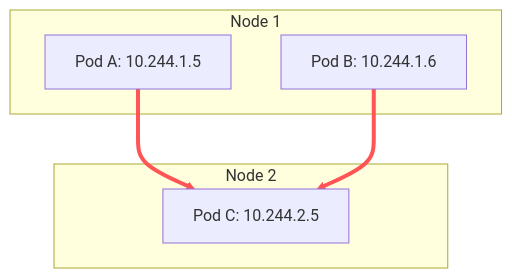
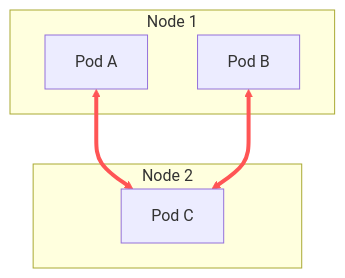
The second of 12 diagrams in _posts/2025-03-17-kubecon.md (SRodi/srodi.github.io), drawn with Mermaid before and after one commit. The commit also changed other lines of this file, not shown here.

Commit message:
kubecon diagrams

````diff
--- a/_posts/2025-03-17-kubecon.md
+++ b/_posts/2025-03-17-kubecon.md
@@ -26,14 +26,14 @@
 ```mermaid
-graph TD
+flowchart TD
     subgraph Node1 [Node 1]
-        PodA[Pod A: 10.244.1.5]
-        PodB[Pod B: 10.244.1.6]
+        PodA[Pod A]
+        PodB[Pod B]
     end
     subgraph Node2 [Node 2]
-        PodC[Pod C: 10.244.2.5]
+        PodC[Pod C]
     end
-    PodA --> PodC
-    PodB --> PodC
+    PodA <--> PodC
+    PodB <--> PodC
     %% Highlight the packet flow
     linkStyle 0,1 stroke:#ff5555,stroke-width:4px;
 ```
````
